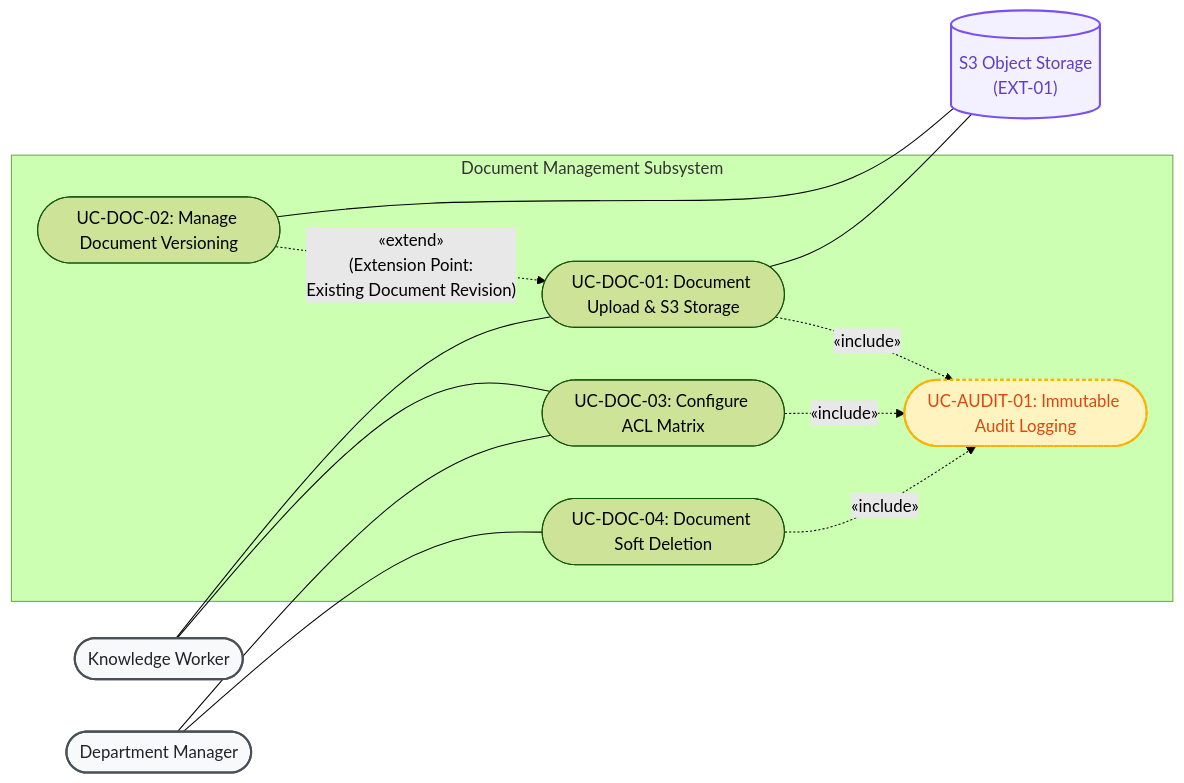
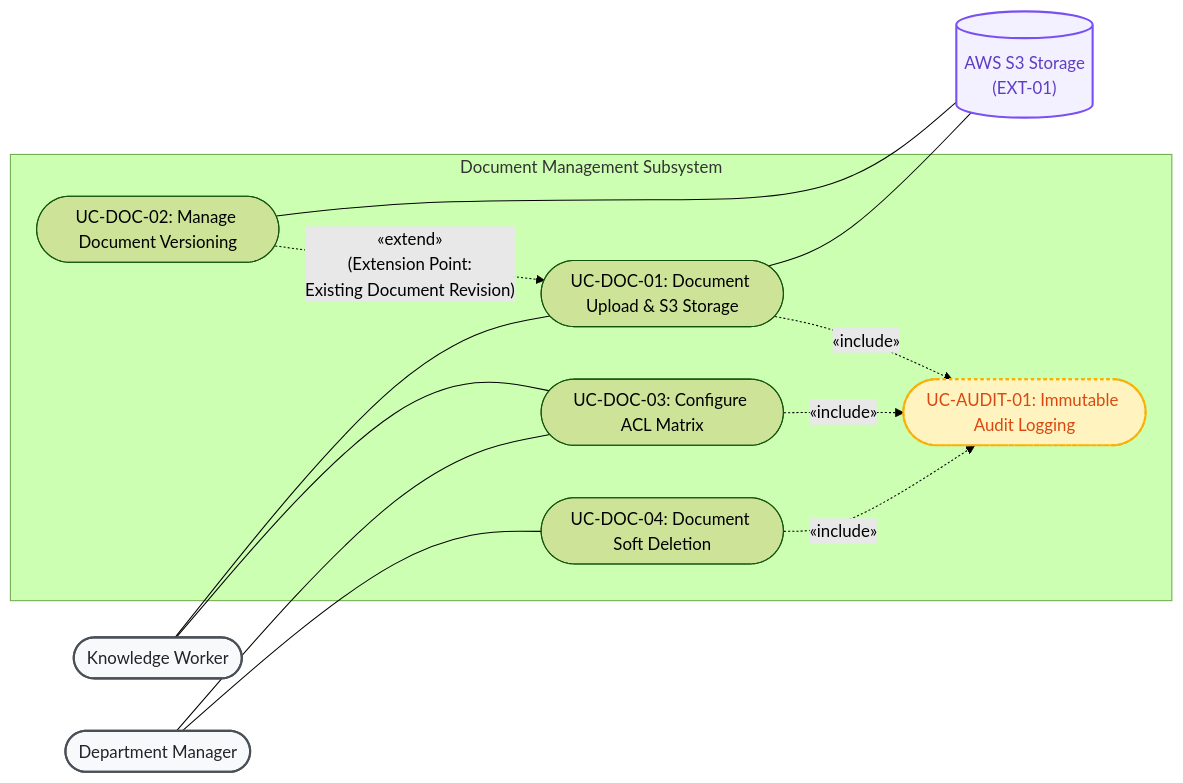
Before and after one commit to DamPhuQuy/Document-Knowledge-Operations-Platform: the fourth of 5 diagrams in docs/specs/business/03_use_case_architecture.md, drawn with Mermaid (forest theme). The commit also changed other lines of this file and 68 other files, not shown here.

Commit message:
refactor(iam): streamline clean architecture domain models and remove redundant ports

````diff
--- a/docs/specs/business/03_use_case_architecture.md
+++ b/docs/specs/business/03_use_case_architecture.md
@@ -288,39 +205,40 @@
 ```mermaid
 flowchart LR
     %% Primary Actors
     Staff(["Knowledge Worker"]):::actor
     Manager(["Department Manager"]):::actor
 
     %% Secondary System Actors
-    S3[("S3 Object Storage\n(EXT-01)")]:::system
+    S3[("AWS S3 Storage\n(EXT-01)")]:::system
+
     %% System Boundary
     subgraph BC_DOC ["Document Management Subsystem"]
         UC_DOC_01(["UC-DOC-01: Document Upload & S3 Storage"])
         UC_DOC_02(["UC-DOC-02: Manage Document Versioning"])
         UC_DOC_03(["UC-DOC-03: Configure ACL Matrix"])
         UC_DOC_04(["UC-DOC-04: Document Soft Deletion"])
         UC_AUDIT_01_EXT(["UC-AUDIT-01: Immutable Audit Logging"]):::external
     end
 
     %% Actor Associations
     Staff --- UC_DOC_01
     Staff --- UC_DOC_03
     Manager --- UC_DOC_03
     Manager --- UC_DOC_04
 
     %% Secondary Actor Associations
     UC_DOC_01 --- S3
     UC_DOC_02 --- S3
 
     %% Standard UML Extend (Extension -> Base)
     UC_DOC_02 -. "«extend»\n(Extension Point:\nExisting Document Revision)" .-> UC_DOC_01
 
     %% Standard UML Include (Base -> Included)
     UC_DOC_01 -. "«include»" .-> UC_AUDIT_01_EXT
     UC_DOC_03 -. "«include»" .-> UC_AUDIT_01_EXT
     UC_DOC_04 -. "«include»" .-> UC_AUDIT_01_EXT
 
     classDef actor fill:#f8f9fa,stroke:#495057,stroke-width:2px,color:#212529;
     classDef system fill:#f3f0ff,stroke:#7950f2,stroke-width:2px,color:#5f3dc4;
     classDef external fill:#fff3bf,stroke:#fab005,stroke-width:2px,stroke-dasharray: 3 3,color:#d9480f;
 ```
````
